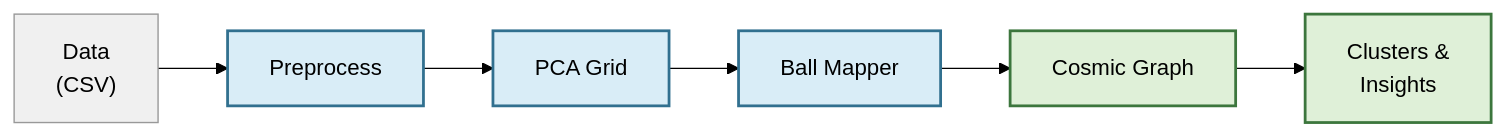
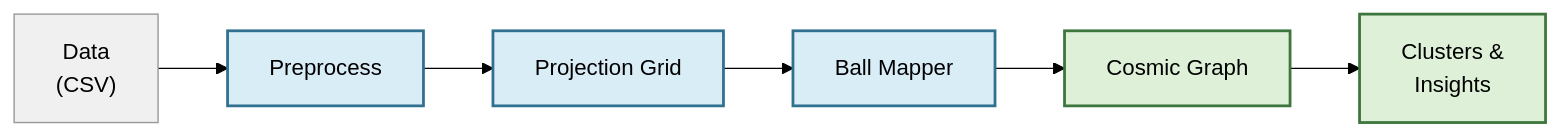
One commit to Krv-Labs/pulsar changed the diagram in docs/source/index.rst. Above: the diagram before and after it, drawn with Mermaid (forest theme). The commit also changed other lines of this file and 73 other files, not shown here.

```diff
--- a/docs/source/index.rst
+++ b/docs/source/index.rst
@@ -71,15 +71,15 @@
 .. mermaid::
 
    graph LR
       A["Data<br/>(CSV)"] --> B["Preprocess"]
-      B --> C["PCA Grid"]
+      B --> C["Projection Grid"]
       C --> D["Ball Mapper"]
       D --> E["Cosmic Graph"]
       E --> F["Clusters &<br/>Insights"]
 
       style A fill:#f0f0f0,stroke:#999
       style B fill:#D9EDF7,stroke:#31708F,stroke-width:2px
       style C fill:#D9EDF7,stroke:#31708F,stroke-width:2px
       style D fill:#D9EDF7,stroke:#31708F,stroke-width:2px
       style E fill:#DFF0D8,stroke:#3C763D,stroke-width:2px
       style F fill:#DFF0D8,stroke:#3C763D,stroke-width:2px
```
